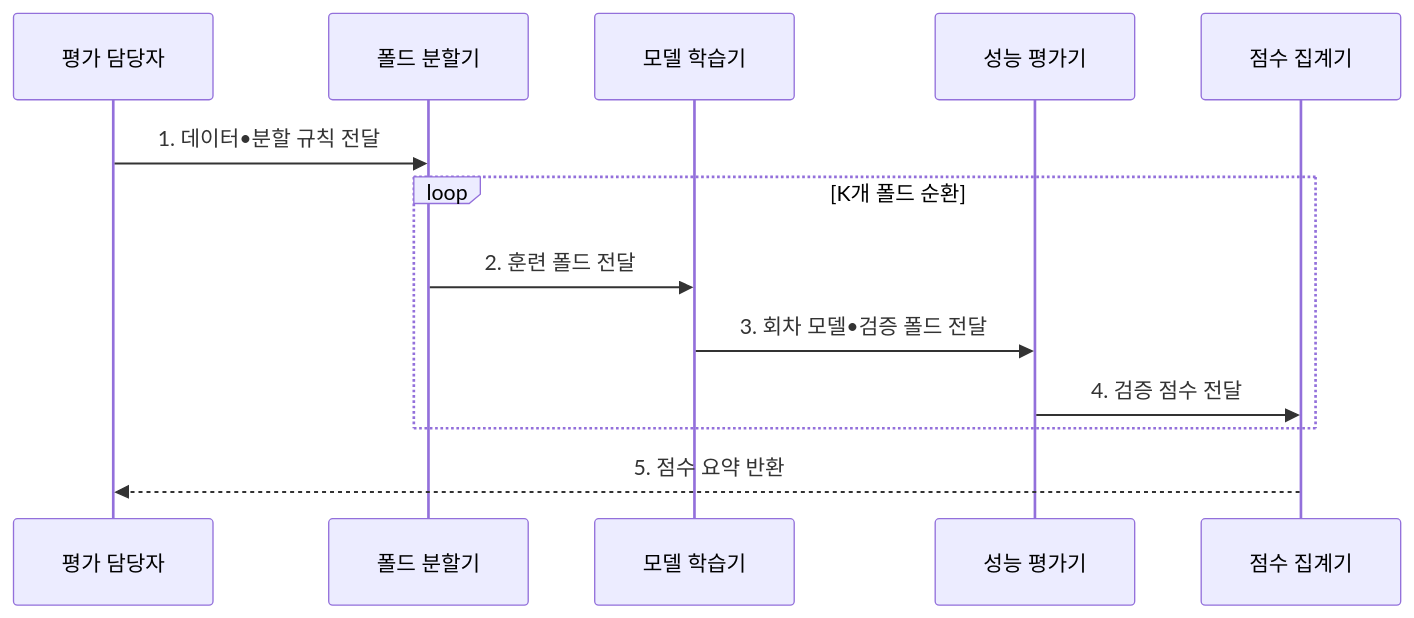
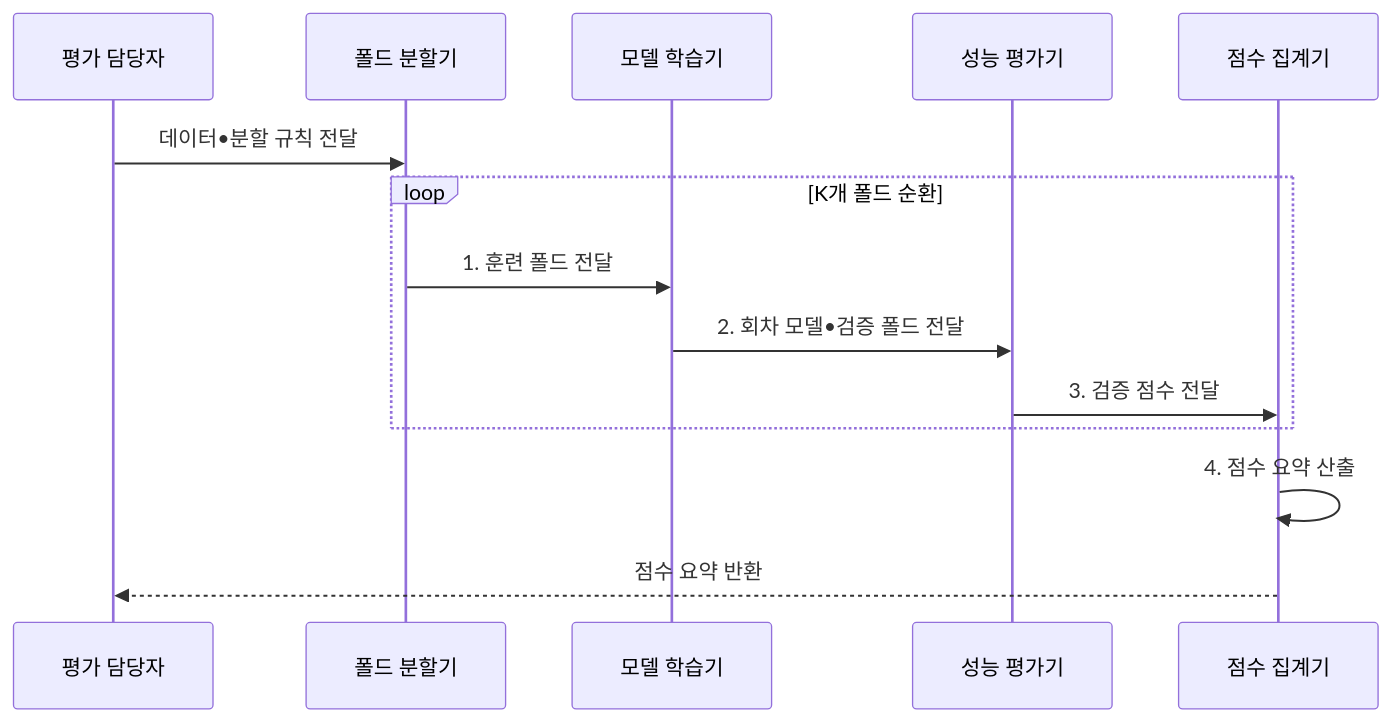
The second of 2 diagrams in src/content/docs/notes/01-basic-theory/038_k_fold_cv.md (agnusdei1207/knowledge-base), drawn with Mermaid before and after one commit. The commit also changed other lines of this file and 20 other files, not shown here.

````diff
--- a/src/content/docs/notes/01-basic-theory/038_k_fold_cv.md
+++ b/src/content/docs/notes/01-basic-theory/038_k_fold_cv.md
@@ -81,15 +82,16 @@
 ```mermaid
 sequenceDiagram
     participant Q as 평가 담당자
     participant S as 폴드 분할기
     participant M as 모델 학습기
     participant E as 성능 평가기
     participant G as 점수 집계기
-    Q->>S: 1. 데이터•분할 규칙 전달
+    Q->>S: 데이터•분할 규칙 전달
     loop K개 폴드 순환
-        S->>M: 2. 훈련 폴드 전달
-        M->>E: 3. 회차 모델•검증 폴드 전달
-        E->>G: 4. 검증 점수 전달
+        S->>M: 1. 훈련 폴드 전달
+        M->>E: 2. 회차 모델•검증 폴드 전달
+        E->>G: 3. 검증 점수 전달
     end
-    G-->>Q: 5. 점수 요약 반환
+    G->>G: 4. 점수 요약 산출
+    G-->>Q: 점수 요약 반환
 ```
````
